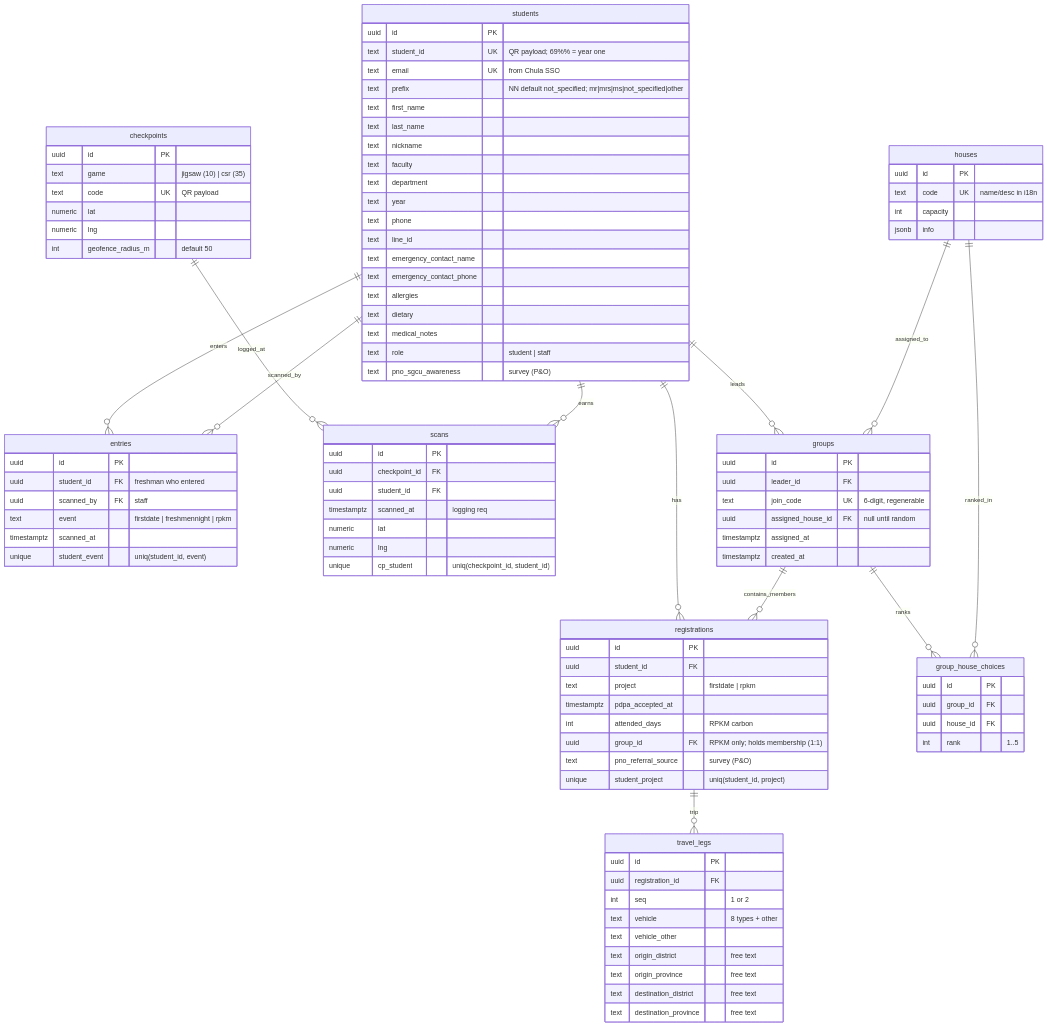
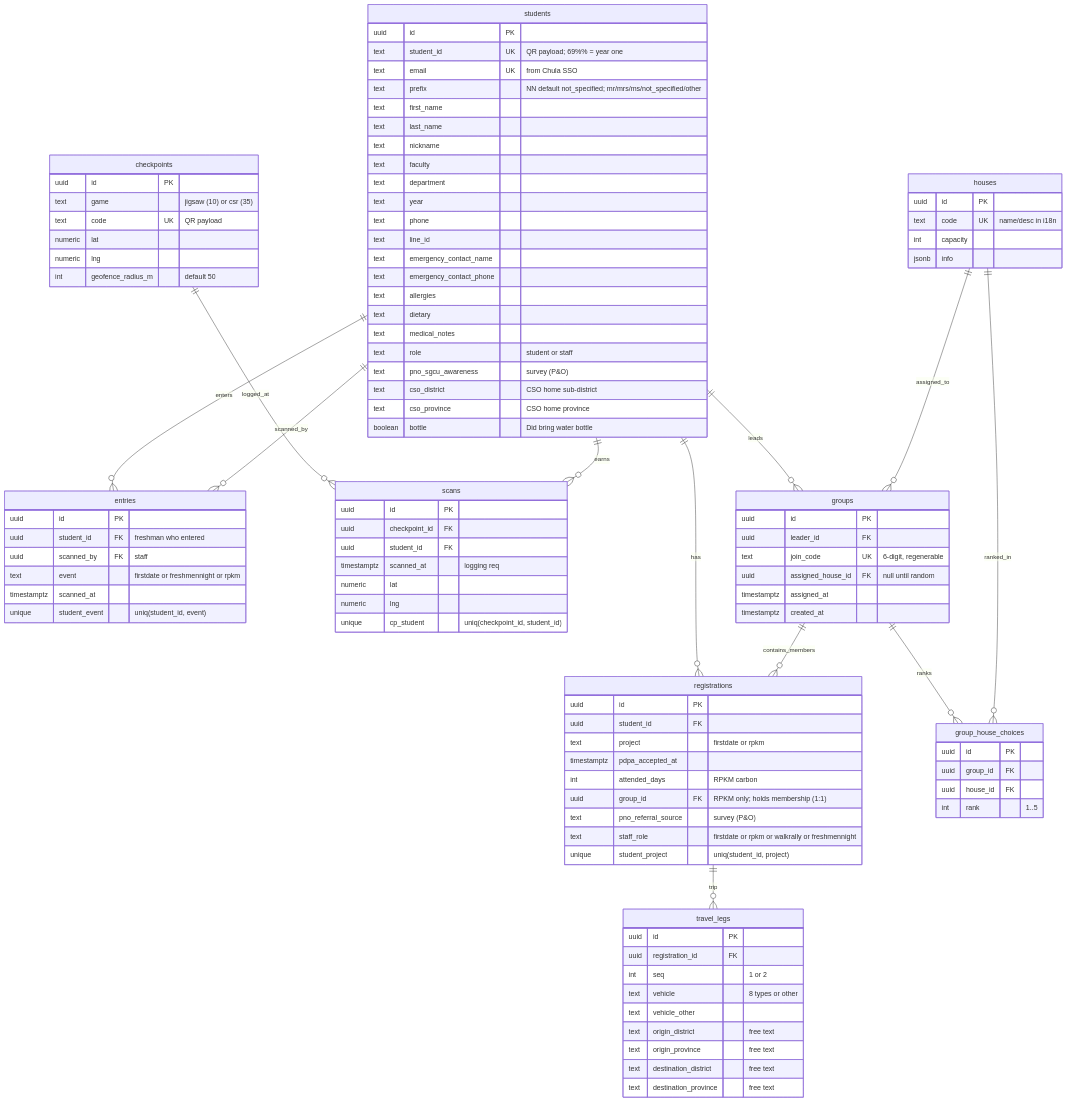
The first of 4 diagrams in docs/db/diagrams.md (isd-sgcu/fdrpkm2026-backend), drawn with Mermaid before and after one commit. The commit also changed 18 other files, not shown here.

First line of the commit message:
feat: add CSO location fields, bottle, and staff role to student registration

```diff
--- a/docs/db/diagrams.md
+++ b/docs/db/diagrams.md
@@ -22,7 +22,7 @@
         uuid id PK
         text student_id UK "QR payload; 69%% = year one"
         text email UK "from Chula SSO"
-        text prefix "NN default not_specified; mr|mrs|ms|not_specified|other"
+        text prefix "NN default not_specified; mr/mrs/ms/not_specified/other"
         text first_name
         text last_name
         text nickname
@@ -36,24 +36,28 @@
         text allergies
         text dietary
         text medical_notes
-        text role "student | staff"
+        text role "student or staff"
         text pno_sgcu_awareness "survey (P&O)"
+        text cso_district "CSO home sub-district"
+        text cso_province "CSO home province"
+        boolean bottle "Did bring water bottle"
     }
     registrations {
         uuid id PK
         uuid student_id FK
-        text project "firstdate | rpkm"
+        text project "firstdate or rpkm"
         timestamptz pdpa_accepted_at
         int attended_days "RPKM carbon"
         uuid group_id FK "RPKM only; holds membership (1:1)"
         text pno_referral_source "survey (P&O)"
+        text staff_role "firstdate or rpkm or walkrally or freshmennight"
         unique student_project "uniq(student_id, project)"
     }
     travel_legs {
         uuid id PK
         uuid registration_id FK
         int seq "1 or 2"
-        text vehicle "8 types + other"
+        text vehicle "8 types or other"
         text vehicle_other
         text origin_district "free text"
         text origin_province "free text"
@@ -64,13 +68,13 @@
         uuid id PK
         uuid student_id FK "freshman who entered"
         uuid scanned_by FK "staff"
-        text event "firstdate | freshmennight | rpkm"
+        text event "firstdate or freshmennight or rpkm"
         timestamptz scanned_at
         unique student_event "uniq(student_id, event)"
     }
     checkpoints {
         uuid id PK
-        text game "jigsaw (10) | csr (35)"
+        text game "jigsaw (10) or csr (35)"
         text code UK "QR payload"
         numeric lat
         numeric lng
```
